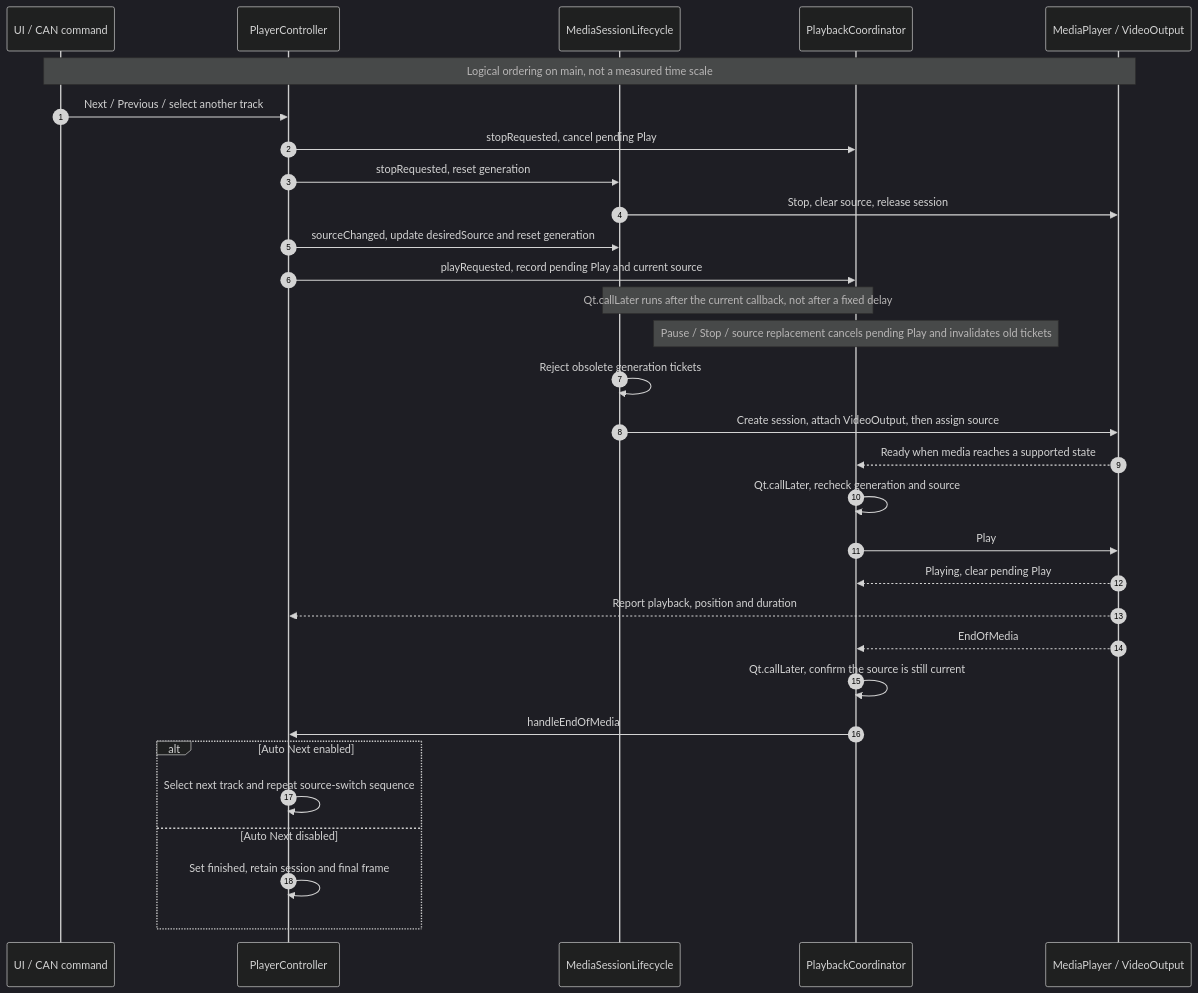
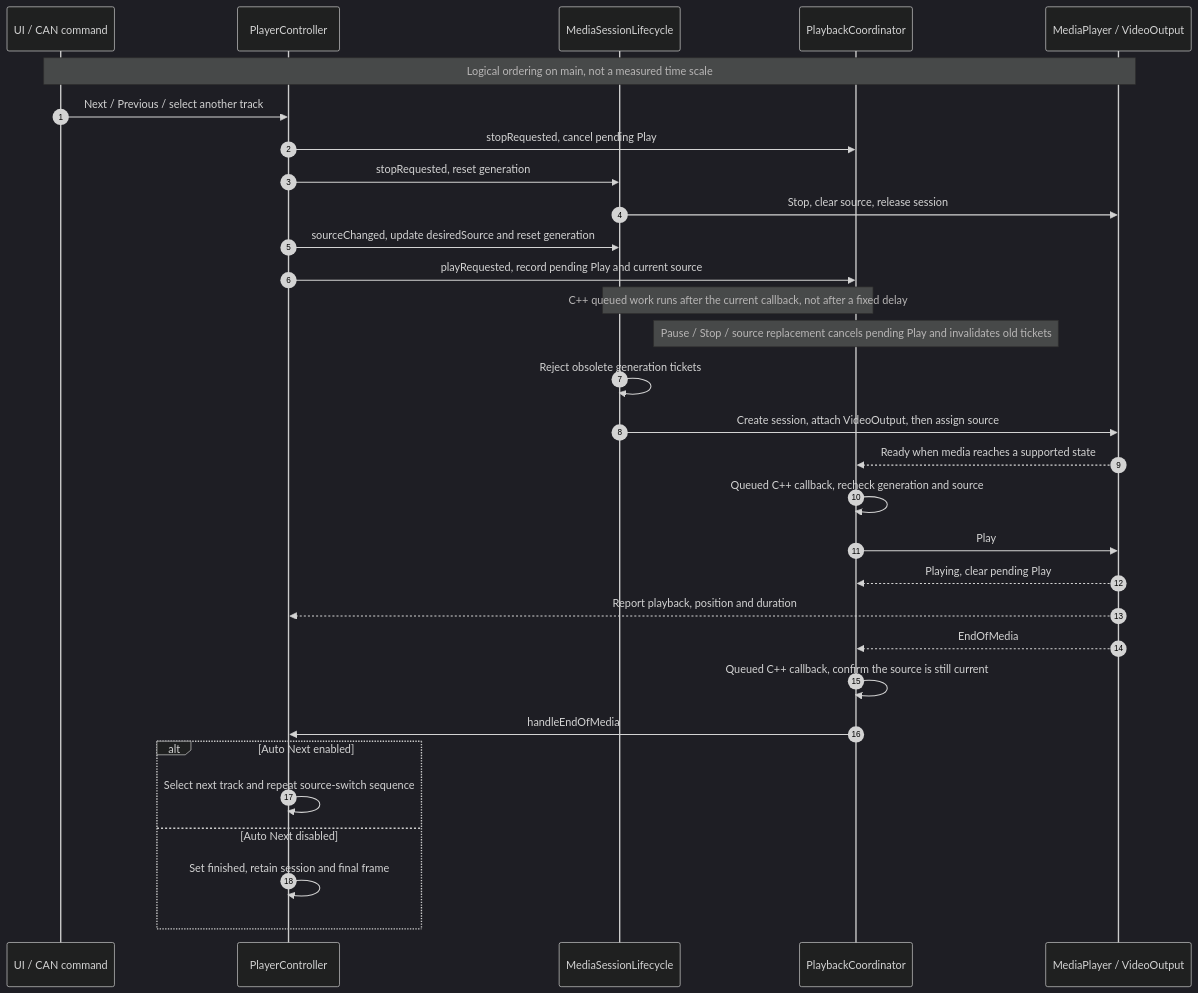
Before and after one commit to lamnguyen56/FastTrack01: the diagram in Docs/diagrams/playback-sequence.mmd, drawn with Mermaid (dark theme). The commit also changed 34 other files, not shown here.

```diff
--- a/Docs/diagrams/playback-sequence.mmd
+++ b/Docs/diagrams/playback-sequence.mmd
@@ -1,31 +1,31 @@
 sequenceDiagram
     autonumber
     participant User as UI / CAN command
     participant Control as PlayerController
     participant Life as MediaSessionLifecycle
     participant Gate as PlaybackCoordinator
     participant Media as MediaPlayer / VideoOutput
     Note over User,Media: Logical ordering on main, not a measured time scale
     User->>Control: Next / Previous / select another track
     Control->>Gate: stopRequested, cancel pending Play
     Control->>Life: stopRequested, reset generation
     Life->>Media: Stop, clear source, release session
     Control->>Life: sourceChanged, update desiredSource and reset generation
     Control->>Gate: playRequested, record pending Play and current source
-    Note over Life,Gate: Qt.callLater runs after the current callback, not after a fixed delay
+    Note over Life,Gate: C++ queued work runs after the current callback, not after a fixed delay
     Note over Gate: Pause / Stop / source replacement cancels pending Play and invalidates old tickets
     Life->>Life: Reject obsolete generation tickets
     Life->>Media: Create session, attach VideoOutput, then assign source
     Media-->>Gate: Ready when media reaches a supported state
-    Gate->>Gate: Qt.callLater, recheck generation and source
+    Gate->>Gate: Queued C++ callback, recheck generation and source
     Gate->>Media: Play
     Media-->>Gate: Playing, clear pending Play
     Media-->>Control: Report playback, position and duration
     Media-->>Gate: EndOfMedia
-    Gate->>Gate: Qt.callLater, confirm the source is still current
+    Gate->>Gate: Queued C++ callback, confirm the source is still current
     Gate->>Control: handleEndOfMedia
     alt Auto Next enabled
         Control->>Control: Select next track and repeat source-switch sequence
     else Auto Next disabled
         Control->>Control: Set finished, retain session and final frame
     end
```
